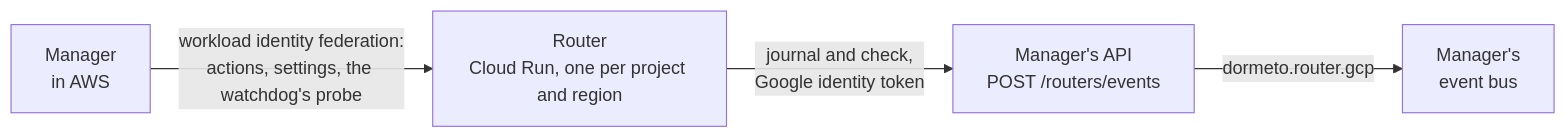
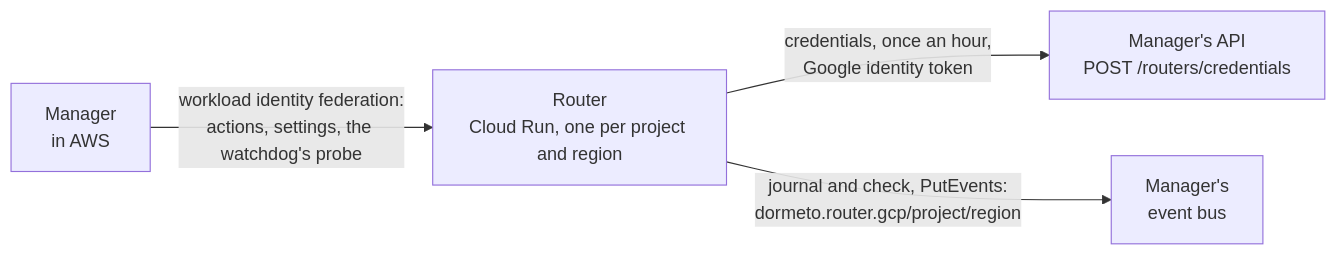
The second of 2 diagrams in README.md (Dormeto/manager), drawn with Mermaid before and after one commit. The commit also changed other lines of this file and 3 other files, not shown here.

Commit message:
docs: the Google Cloud routers ask the manager for credentials once an hour and put their events on the bus themselves, in the README, Operations, Organization access and the changelog

````diff
--- a/README.md
+++ b/README.md
@@ -71,6 +71,6 @@
 ```mermaid
 flowchart LR
-    gcp[Router<br>Cloud Run, one per project and region] -->|journal and check,<br>Google identity token| api[Manager's API<br>POST /routers/events]
-    api -->|dormeto.router.gcp| bus[Manager's<br>event bus]
+    gcp[Router<br>Cloud Run, one per project and region] -->|credentials, once an hour,<br>Google identity token| api[Manager's API<br>POST /routers/credentials]
+    gcp -->|journal and check, PutEvents:<br>dormeto.router.gcp/project/region| bus[Manager's<br>event bus]
     manager[Manager<br>in AWS] -->|workload identity federation:<br>actions, settings, the watchdog's probe| gcp
 ```
````
